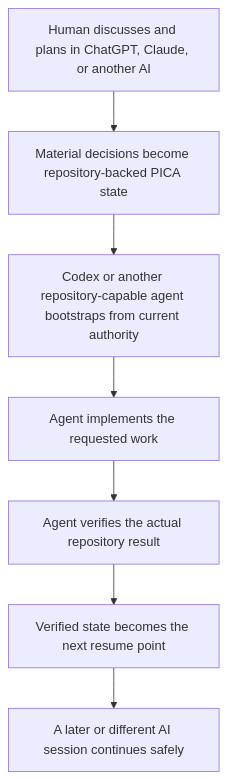
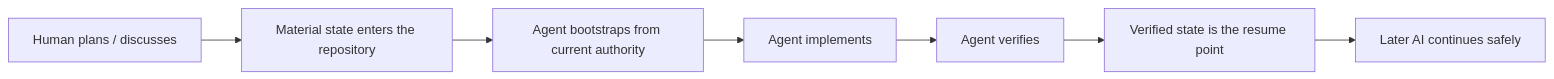
The diagram in README.md (jaabster-dev/u-gas), drawn with Mermaid before and after one commit. The commit also changed other lines of this file and 5 other files, not shown here.

````diff
--- a/README.md
+++ b/README.md
@@ -17,9 +17,9 @@
 ```mermaid
-flowchart TD
-    A[Human discusses and plans in ChatGPT, Claude, or another AI] --> B[Material decisions become repository-backed PICA state]
-    B --> C[Codex or another repository-capable agent bootstraps from current authority]
-    C --> D[Agent implements the requested work]
-    D --> E[Agent verifies the actual repository result]
-    E --> F[Verified state becomes the next resume point]
-    F --> G[A later or different AI session continues safely]
+flowchart LR
+    A[Human plans / discusses] --> B[Material state enters the repository]
+    B --> C[Agent bootstraps from current authority]
+    C --> D[Agent implements]
+    D --> E[Agent verifies]
+    E --> F[Verified state is the resume point]
+    F --> G[Later AI continues safely]
 ```
````
